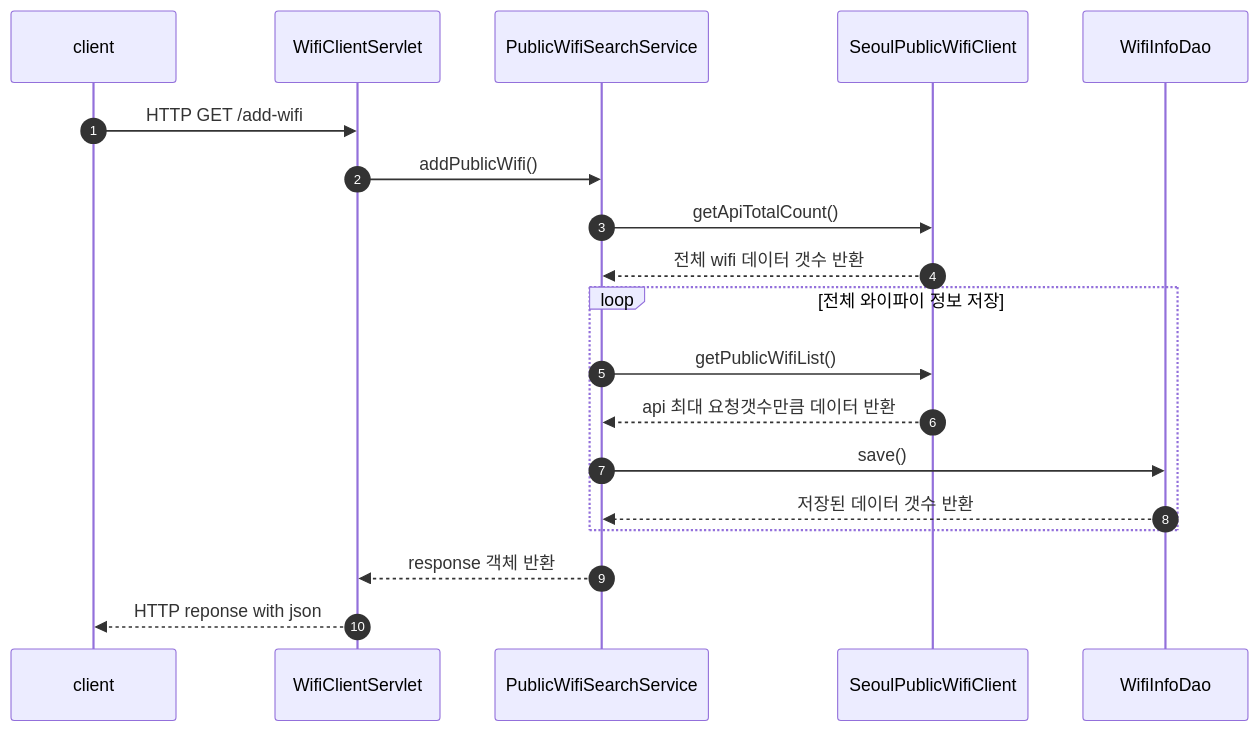
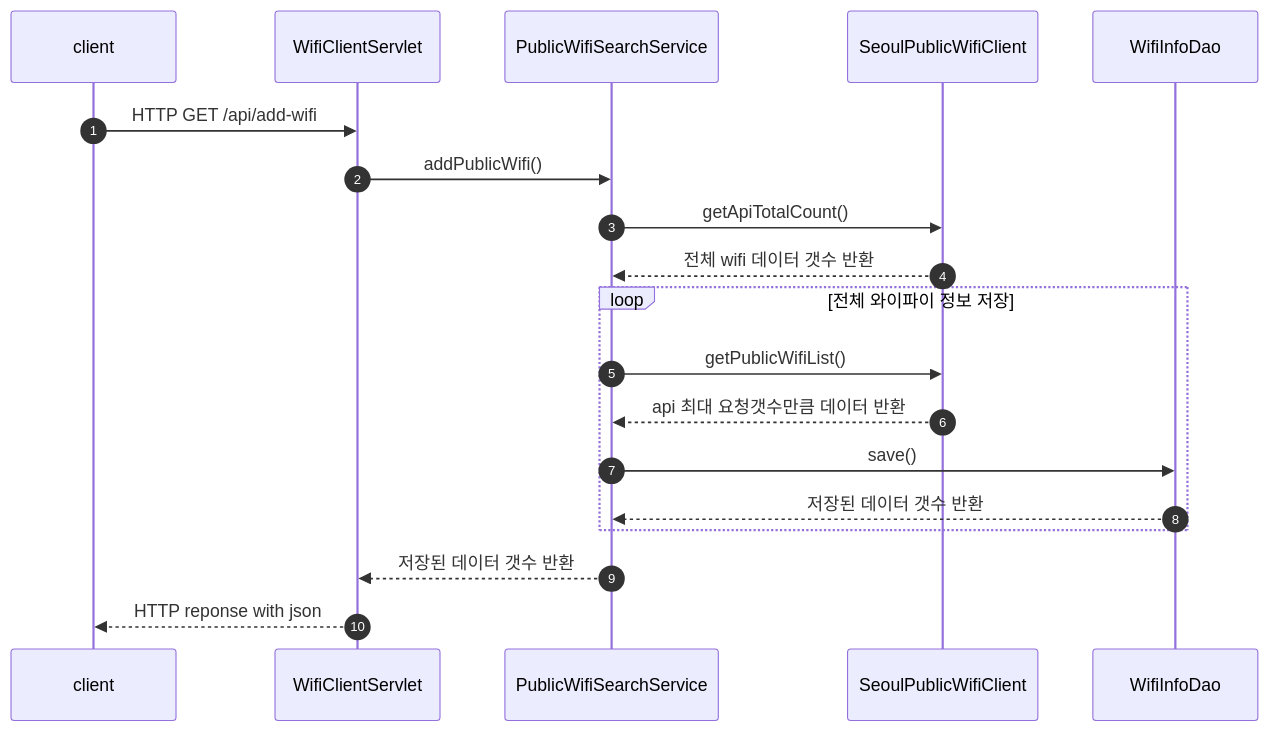
The first of 13 diagrams in readme.md (kimJH47/wifiServer), drawn with Mermaid before and after one commit. The commit also changed other lines of this file, not shown here.

Commit message:
fix: flow chart, api 명세 수정

````diff
--- a/readme.md
+++ b/readme.md
@@ -13,23 +15,23 @@
 ```mermaid
     sequenceDiagram
     autonumber
     participant client
     participant WifiClientServlet
     participant PublicWifiSearchService
     participant SeoulPublicWifiClient
     participant SeoulPublicWifiClient
     participant WifiInfoDao
 
-    client->> WifiClientServlet: HTTP GET /add-wifi
+    client->> WifiClientServlet: HTTP GET /api/add-wifi
     WifiClientServlet->> PublicWifiSearchService: addPublicWifi()
     PublicWifiSearchService->> SeoulPublicWifiClient: getApiTotalCount()
     SeoulPublicWifiClient-->> PublicWifiSearchService: 전체 wifi 데이터 갯수 반환
     loop 전체 와이파이 정보 저장
         PublicWifiSearchService->> SeoulPublicWifiClient: getPublicWifiList()
         SeoulPublicWifiClient-->> PublicWifiSearchService: api 최대 요청갯수만큼 데이터 반환
         PublicWifiSearchService->> WifiInfoDao: save()
         WifiInfoDao-->> PublicWifiSearchService: 저장된 데이터 갯수 반환
     end
-PublicWifiSearchService-->> WifiClientServlet: response 객체 반환
+PublicWifiSearchService-->> WifiClientServlet: 저장된 데이터 갯수 반환
 WifiClientServlet-->>client: HTTP reponse with json
 ```
````
